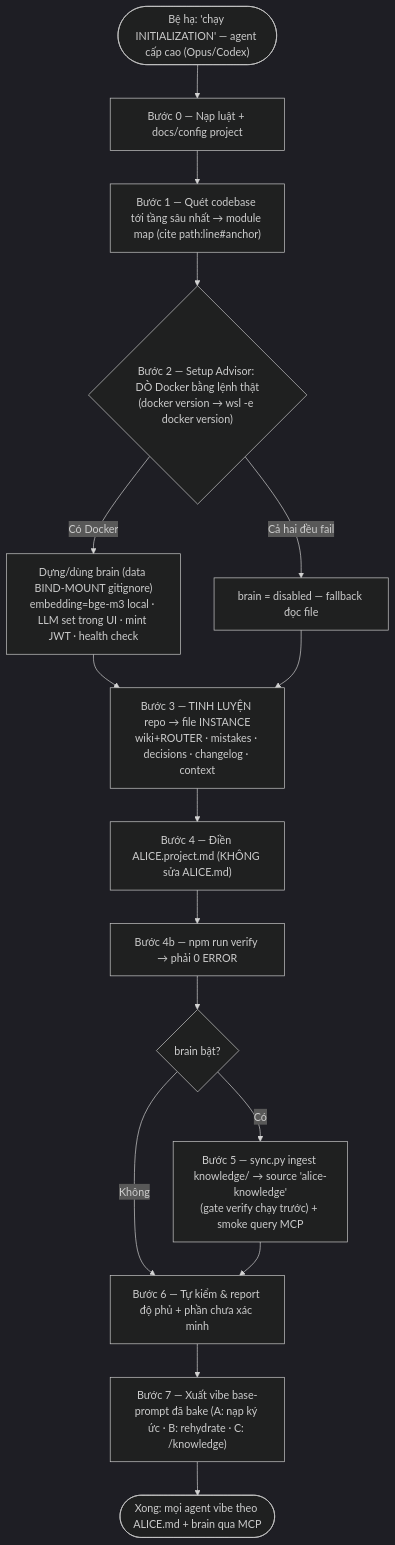
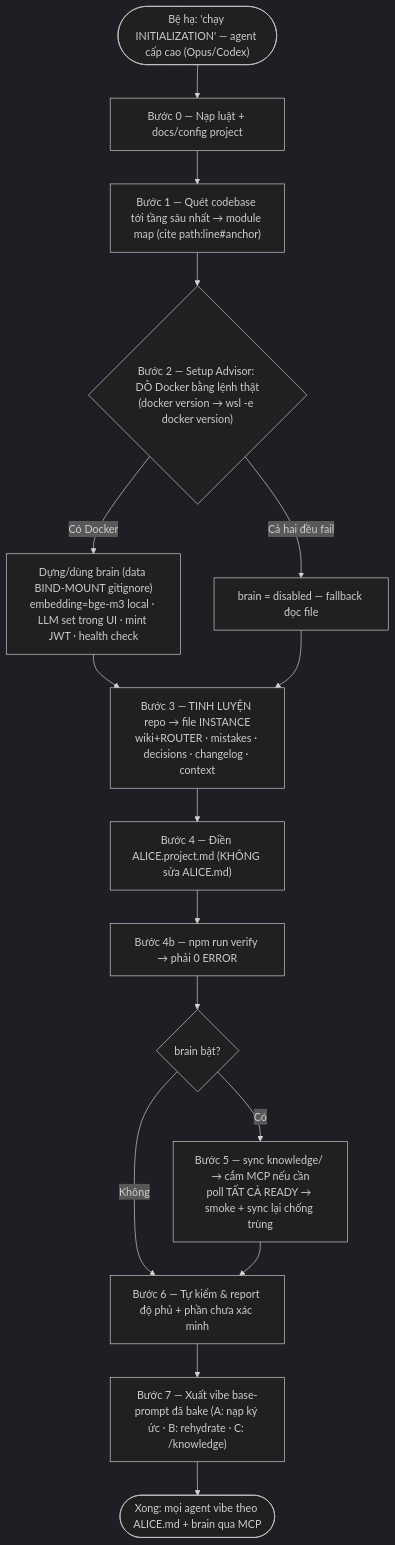
The diagram in INITIALIZATION.md (blueberry-sensei/alice-coding), drawn with Mermaid (dark theme) before and after one commit. The commit also changed other lines of this file and 15 other files, not shown here.

````diff
--- a/INITIALIZATION.md
+++ b/INITIALIZATION.md
@@ -11,18 +11,18 @@
 ```mermaid
 flowchart TD
     A(["Bệ hạ: 'chạy INITIALIZATION' — agent cấp cao (Opus/Codex)"]) --> B["Bước 0 — Nạp luật + docs/config project"]
     B --> C["Bước 1 — Quét codebase tới tầng sâu nhất → module map (cite path:line#anchor)"]
     C --> D{"Bước 2 — Setup Advisor: DÒ Docker bằng lệnh thật<br/>(docker version → wsl -e docker version)"}
     D -->|Có Docker| E["Dựng/dùng brain (data BIND-MOUNT gitignore)<br/>embedding=bge-m3 local · LLM set trong UI · mint JWT · health check"]
     D -->|Cả hai đều fail| Ef["brain = disabled — fallback đọc file"]
     E --> F["Bước 3 — TINH LUYỆN repo → file INSTANCE<br/>wiki+ROUTER · mistakes · decisions · changelog · context"]
     Ef --> F
     F --> G4["Bước 4 — Điền ALICE.project.md (KHÔNG sửa ALICE.md)"]
     G4 --> V["Bước 4b — npm run verify → phải 0 ERROR"]
     V --> Gq{"brain bật?"}
-    Gq -->|Có| G["Bước 5 — sync.py ingest knowledge/ → source 'alice-knowledge'<br/>(gate verify chạy trước) + smoke query MCP"]
+    Gq -->|Có| G["Bước 5 — sync knowledge/ → cắm MCP nếu cần<br/>poll TẤT CẢ READY → smoke + sync lại chống trùng"]
     Gq -->|Không| J
     G --> J["Bước 6 — Tự kiểm & report độ phủ + phần chưa xác minh"]
     J --> K["Bước 7 — Xuất vibe base-prompt đã bake (A: nạp ký ức · B: rehydrate · C: /knowledge)"]
     K --> L(["Xong: mọi agent vibe theo ALICE.md + brain qua MCP"])
 ```
````
